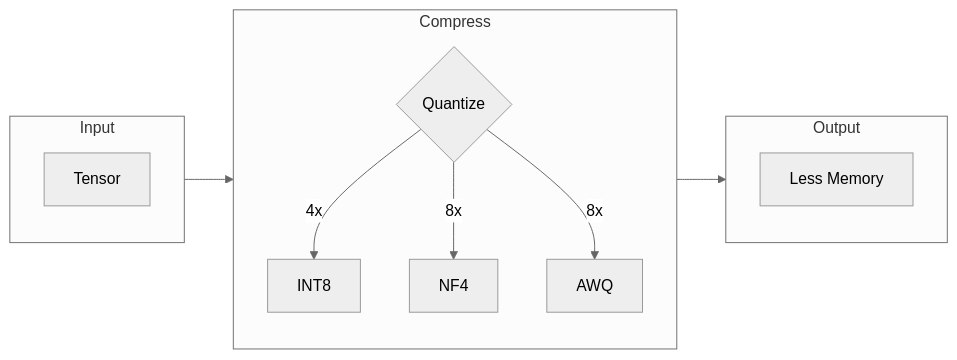
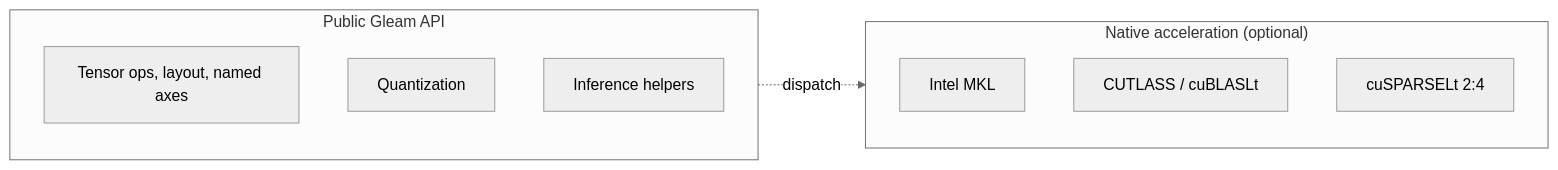
The diagram in docs/en/README.md (gabrielmaialva33/viva_tensor), drawn with Mermaid (neutral theme) before and after one commit. The commit also changed other lines of this file and 14 other files, not shown here.

````diff
--- a/docs/en/README.md
+++ b/docs/en/README.md
@@ -23,19 +9,14 @@
 ```mermaid
 flowchart LR
-    subgraph In["Input"]
-        T[Tensor]
+    subgraph PublicAPI["Public Gleam API"]
+        T[Tensor ops, layout, named axes]
+        Q[Quantization]
+        I[Inference helpers]
     end
-
-    subgraph Compress
-        Q{Quantize}
-        Q -->|4x| I8[INT8]
-        Q -->|8x| N4[NF4]
-        Q -->|8x| AW[AWQ]
+    subgraph Native["Native acceleration (optional)"]
+        MKL[Intel MKL]
+        CUTLASS[CUTLASS / cuBLASLt]
+        SPARSE[cuSPARSELt 2:4]
     end
-
-    subgraph Out["Output"]
-        M[Less Memory]
-    end
-
-    In --> Compress --> Out
+    PublicAPI -.dispatch.-> Native
 ```
````
